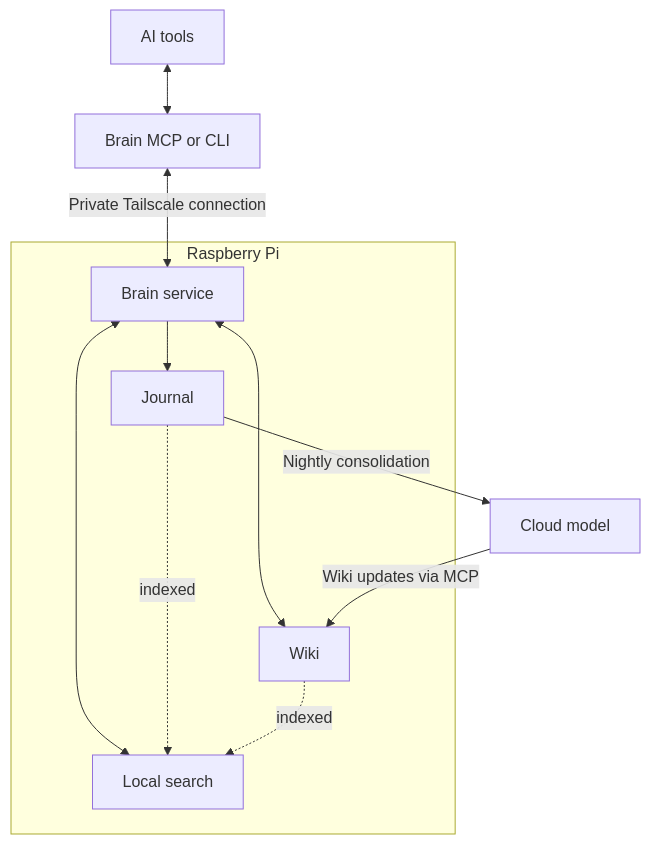
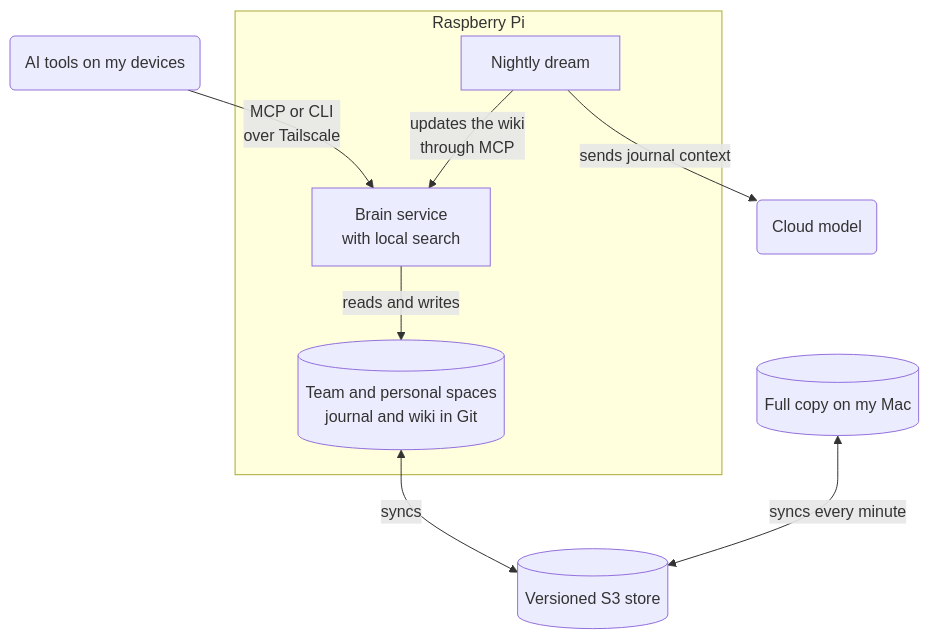
One commit to danilop/danilop-personal-page changed the diagram in content/pieces/a-second-brain-for-my-ai-agents/shared-memory.mmd. Above: the diagram before and after it, drawn with Mermaid. The commit also changed 30 other files, not shown here.

```diff
--- a/content/pieces/a-second-brain-for-my-ai-agents/shared-memory.mmd
+++ b/content/pieces/a-second-brain-for-my-ai-agents/shared-memory.mmd
@@ -1,18 +1,16 @@
 flowchart TB
-  agents["AI tools"]
-  access["Brain MCP or CLI"]
-  agents <--> access
+  tools("AI tools on my devices")
   subgraph pi["Raspberry Pi"]
-    service["Brain service"]
-    journal["Journal"]
-    wiki["Wiki"]
-    search["Local search"]
-    service --> journal
-    service <--> wiki
-    service <--> search
-    journal -. indexed .-> search
-    wiki -. indexed .-> search
+    dream["Nightly dream"]
+    service["Brain service<br/>with local search"]
+    spaces[("Team and personal spaces<br/>journal and wiki in Git")]
   end
-  access <-->|"Private Tailscale connection"| service
-  journal -->|"Nightly consolidation"| model["Cloud model"]
-  model -->|"Wiki updates via MCP"| wiki
+  model("Cloud model")
+  store[("Versioned S3 store")]
+  mac[("Full copy on my Mac")]
+  tools -->|"MCP or CLI<br/>over Tailscale"| service
+  dream -->|"updates the wiki<br/>through MCP"| service
+  dream -->|"sends journal context"| model
+  service -->|"reads and writes"| spaces
+  spaces <-->|"syncs"| store
+  mac <-->|"syncs every minute"| store
```
